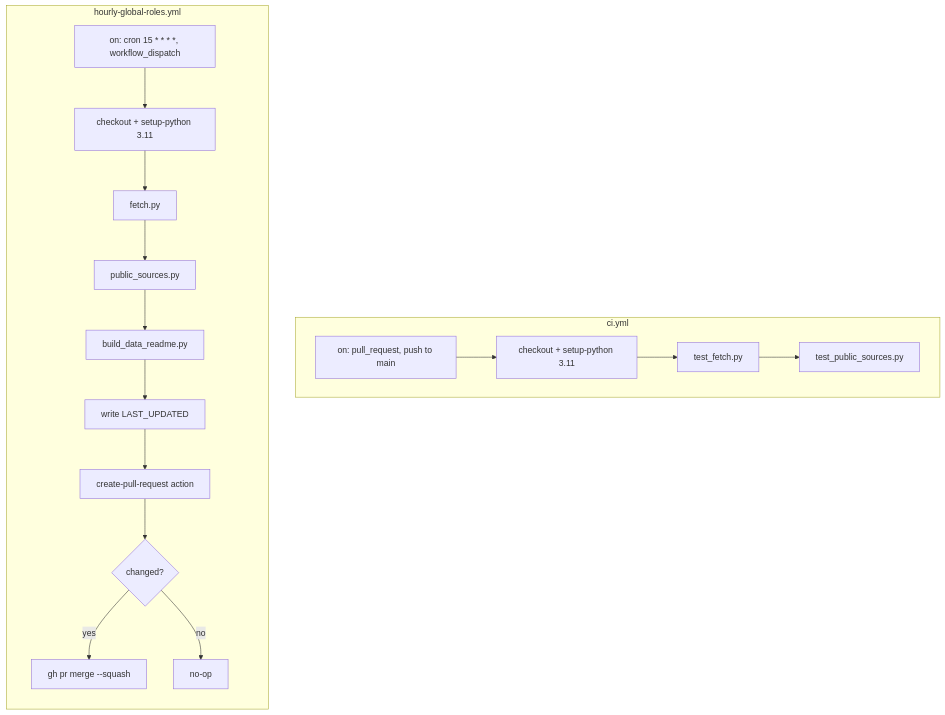
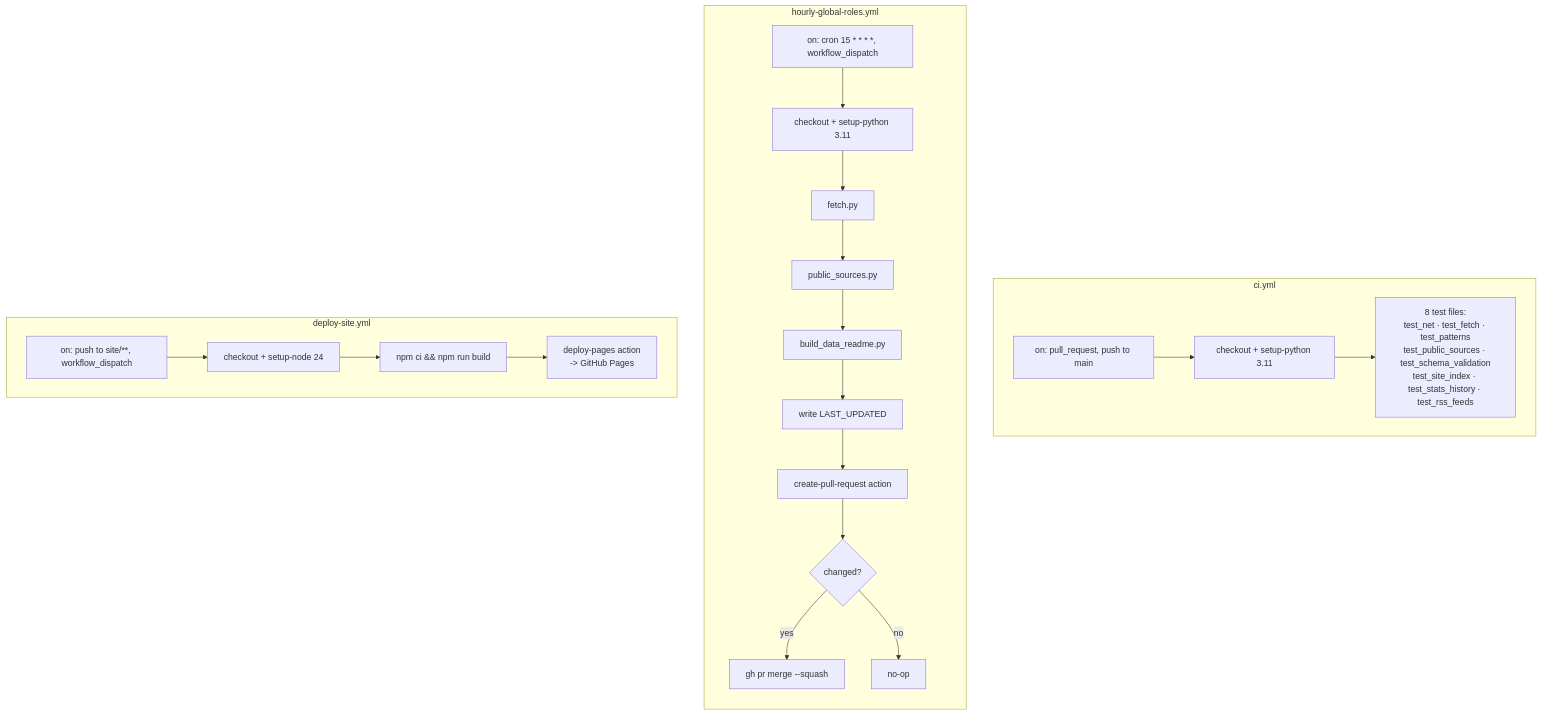
Before and after one commit to AhmedNassar7/tracker: the third of 5 diagrams in docs/DIAGRAMS.md, drawn with Mermaid. The commit also changed other lines of this file and 29 other files, not shown here.

````diff
--- a/docs/DIAGRAMS.md
+++ b/docs/DIAGRAMS.md
@@ -89,22 +61,28 @@
 ```mermaid
 flowchart TD
     subgraph CI["ci.yml"]
         direction LR
         T1["on: pull_request, push to main"] --> T2["checkout + setup-python 3.11"]
-        T2 --> T3["test_fetch.py"]
-        T3 --> T4["test_public_sources.py"]
+        T2 --> T3["8 test files:\ntest_net · test_fetch · test_patterns\ntest_public_sources · test_schema_validation\ntest_site_index · test_stats_history · test_rss_feeds"]
     end
 
     subgraph Hourly["hourly-global-roles.yml"]
         direction TB
         H1["on: cron 15 * * * *, workflow_dispatch"] --> H2["checkout + setup-python 3.11"]
         H2 --> H3["fetch.py"]
         H3 --> H4["public_sources.py"]
         H4 --> H5["build_data_readme.py"]
         H5 --> H6["write LAST_UPDATED"]
         H6 --> H7["create-pull-request action"]
         H7 --> H8{changed?}
         H8 -- yes --> H9["gh pr merge --squash"]
         H8 -- no --> H10["no-op"]
     end
+
+    subgraph Deploy["deploy-site.yml"]
+        direction LR
+        D1["on: push to site/**, workflow_dispatch"] --> D2["checkout + setup-node 24"]
+        D2 --> D3["npm ci && npm run build"]
+        D3 --> D4["deploy-pages action\n-> GitHub Pages"]
+    end
 ```
````
